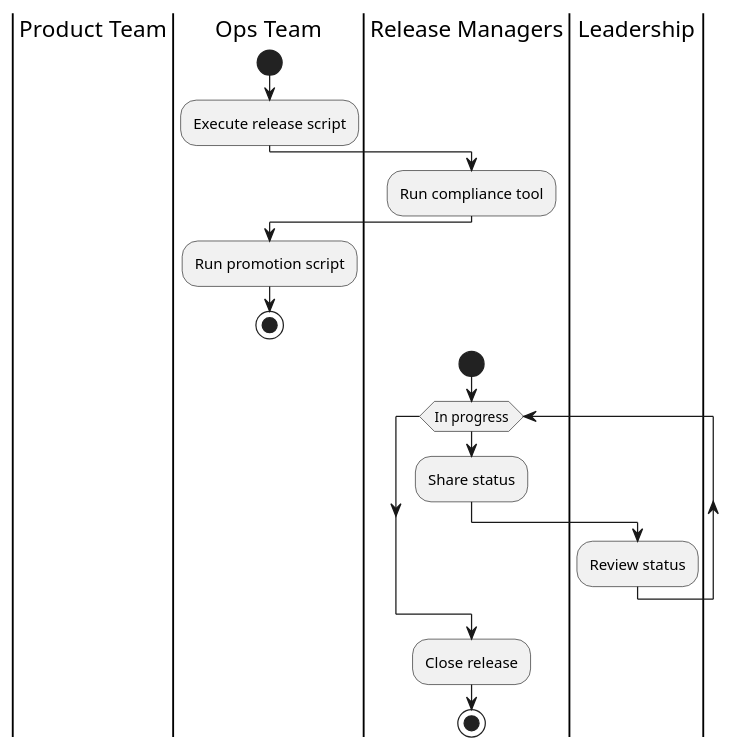
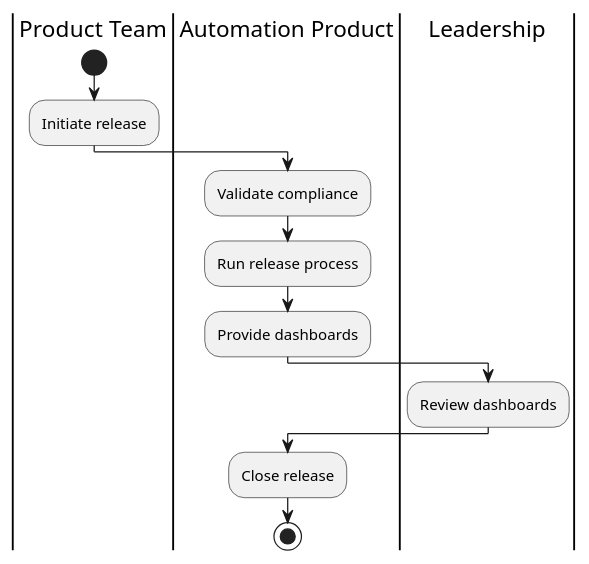
The third of 4 diagrams in content/articles/on-creating-automation-products.md (davidmreed/ktema-org-zola), drawn with PlantUML before and after one commit. The commit also changed other lines of this file, not shown here.

````diff
--- a/content/articles/on-creating-automation-products.md
+++ b/content/articles/on-creating-automation-products.md
@@ -82,25 +185,16 @@
 ```plantuml
 @startuml
 |Product Team|
-|Ops Team|
 start
-:Execute release script;
-|Release Managers|
-:Run compliance tool;
-|Ops Team|
-:Run promotion script;
-stop
-
-|Release Managers|
-start
-  while (In progress)
-   :Share status;
+:Initiate release;
+|Automation Product|
+:Validate compliance;
+:Run release process;
+:Provide dashboards;
 |Leadership|
-   :Review status;
-  endwhile
-
-|Release Managers|
+:Review dashboards;
+|Automation Product|
 :Close release;
 stop
 @enduml
 ```
````
